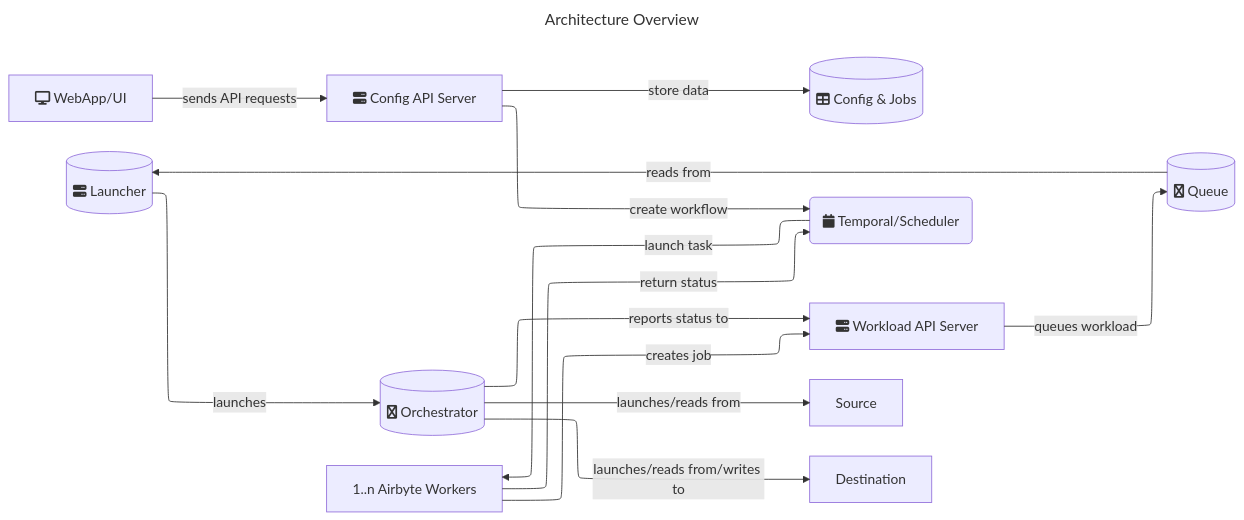
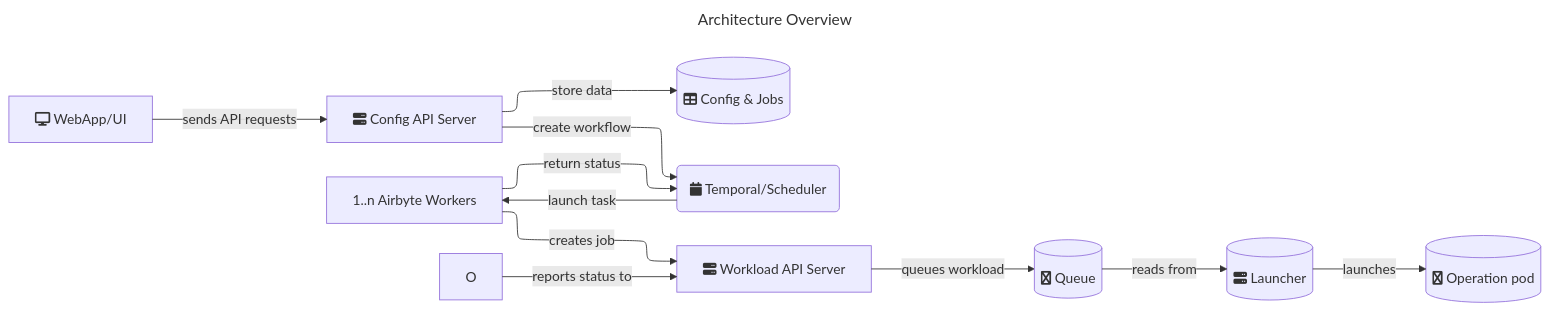
One commit to airbytehq/airbyte changed the diagram in docs/understanding-airbyte/high-level-view.md. Above: the diagram before and after it, drawn with Mermaid. The commit also changed other lines of this file and 3 other files, not shown here.

Commit message:
Fix up architecture overview. Revamp 'workers and jobs' to 'workloads and jobs'.

````diff
--- a/docs/understanding-airbyte/high-level-view.md
+++ b/docs/understanding-airbyte/high-level-view.md
@@ -15,29 +15,27 @@
 ```mermaid
 ---
 title: Architecture Overview
 ---
 %%{init: {"flowchart": {"defaultRenderer": "elk"}} }%%
 flowchart LR
     W[fa:fa-display WebApp/UI]
     S[fa:fa-server Config API Server]
     D[(fa:fa-table Config & Jobs)]
     L[(fa:fa-server Launcher)]
-    O[(fa:fa-superpowers Orchestrator)]
+    OP[(fa:fa-superpowers Operation pod)]
     Q[(fa:fa-superpowers Queue)]
     T(fa:fa-calendar Temporal/Scheduler)
     W2[1..n Airbyte Workers]
     WL[fa:fa-server Workload API Server]
     
     W -->|sends API requests| S
     S -->|store data| D
     S -->|create workflow| T
     T -->|launch task| W2
     W2 -->|return status| T
     W2 -->|creates job| WL
     WL -->|queues workload| Q
     Q  -->|reads from| L
-    L -->|launches| O
-    O -->|launches/reads from| Source
-    O -->|launches/reads from/writes to| Destination
+    L -->|launches| OP
     O -->|reports status to| WL
 ```
````
